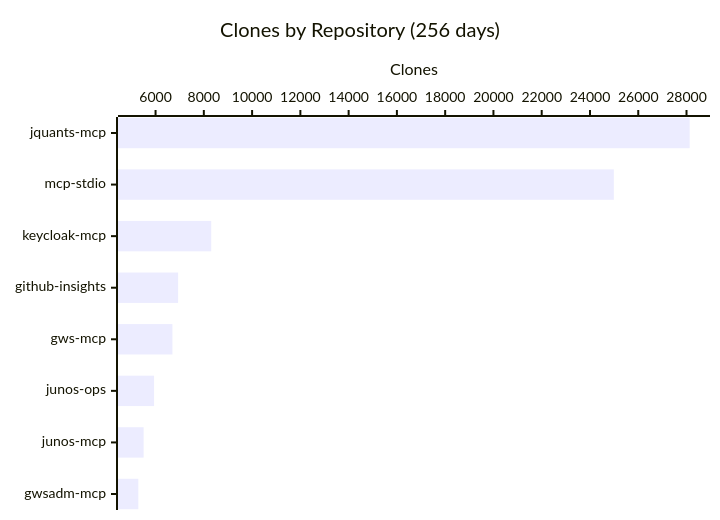
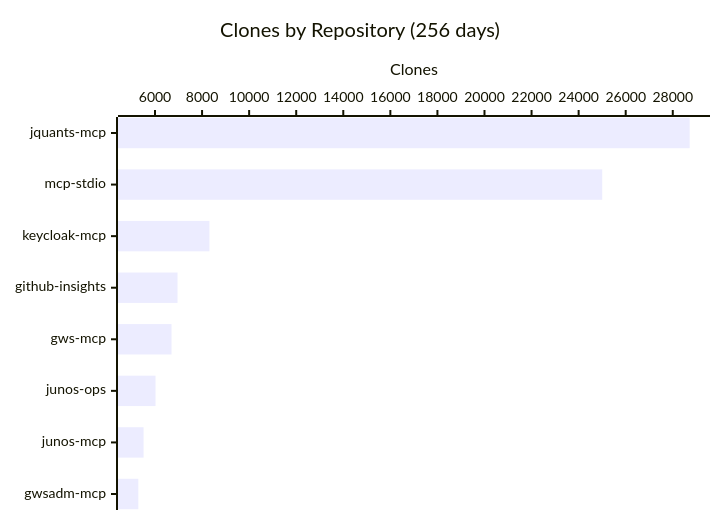
Before and after one commit to shigechika/github-insights: the fourth of 4 diagrams in README.md, drawn with Mermaid. The commit also changed other lines of this file and 1 other file, not shown here.

````diff
--- a/README.md
+++ b/README.md
@@ -58,7 +58,7 @@
 ```mermaid
 xychart-beta horizontal
     title "Clones by Repository (256 days)"
     x-axis ["jquants-mcp", "mcp-stdio", "keycloak-mcp", "github-insights", "gws-mcp", "junos-ops", "junos-mcp", "gwsadm-mcp"]
     y-axis "Clones"
-    bar [28132, 24989, 8307, 6934, 6699, 5939, 5505, 5285]
+    bar [28719, 25003, 8313, 6958, 6703, 6022, 5515, 5291]
 ```
````
